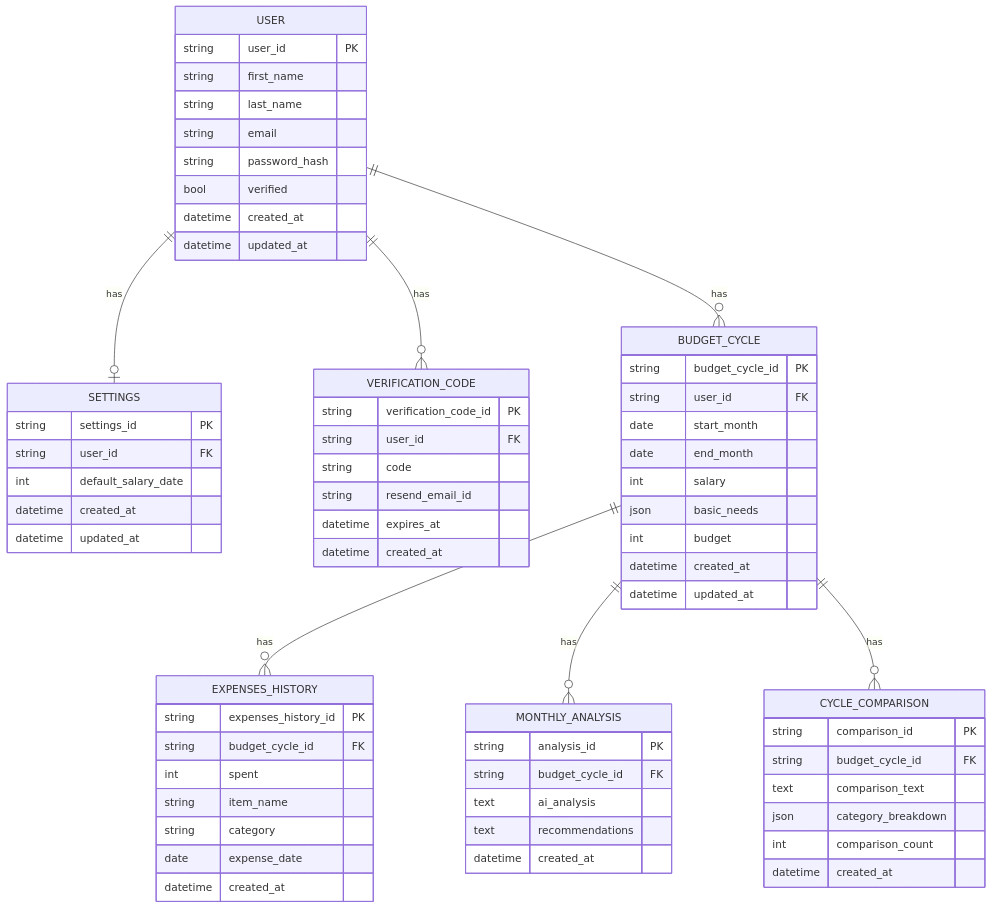
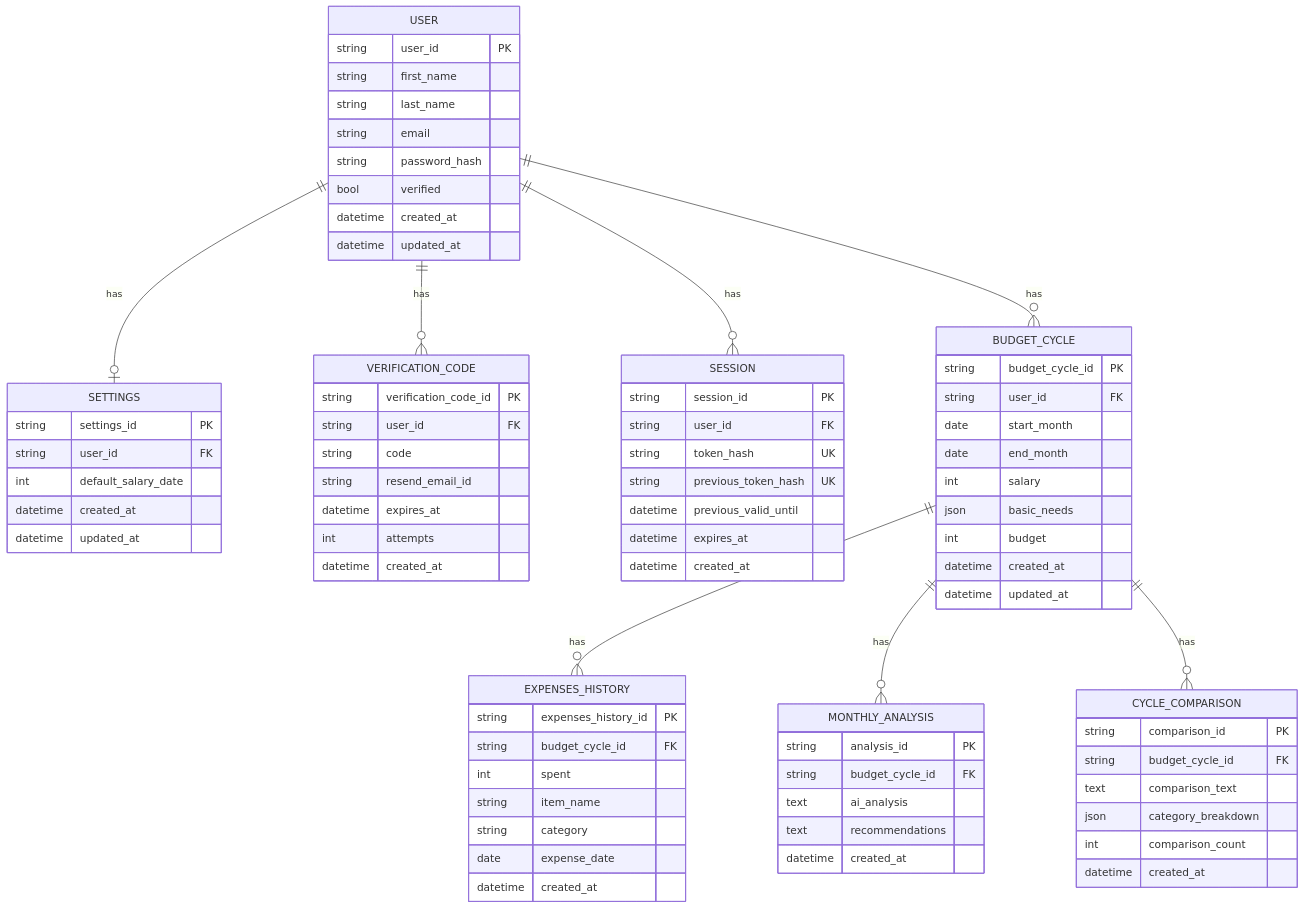
The diagram in docs/database_schema/schema.md (sabi1125/nokori), drawn with Mermaid before and after one commit. The commit also changed other lines of this file and 21 other files, not shown here.

```diff
--- a/docs/database_schema/schema.md
+++ b/docs/database_schema/schema.md
@@ -4,6 +4,7 @@
 erDiagram
     USER ||--o| SETTINGS : has
     USER ||--o{ VERIFICATION_CODE : has
+    USER ||--o{ SESSION : has
     USER ||--o{ BUDGET_CYCLE : has
     BUDGET_CYCLE ||--o{ EXPENSES_HISTORY : has
     BUDGET_CYCLE ||--o{ MONTHLY_ANALYSIS : has
@@ -25,6 +26,17 @@
         string user_id FK
         string code
         string resend_email_id
+        datetime expires_at
+        int attempts
+        datetime created_at
+    }
+
+    SESSION {
+        string session_id PK
+        string user_id FK
+        string token_hash UK
+        string previous_token_hash UK
+        datetime previous_valid_until
         datetime expires_at
         datetime created_at
     }
```
